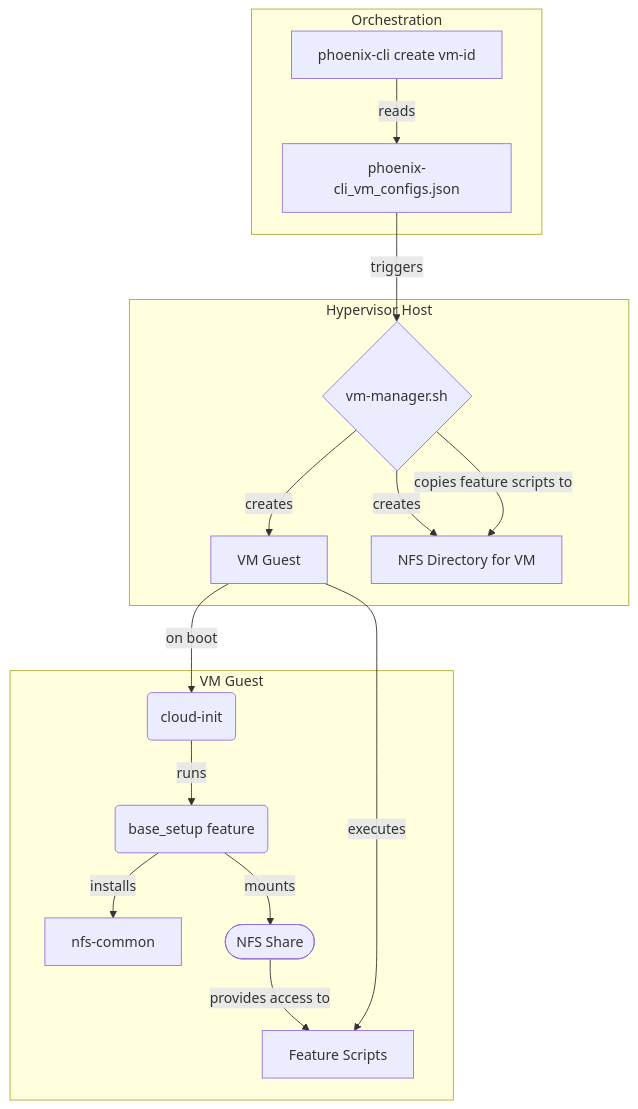
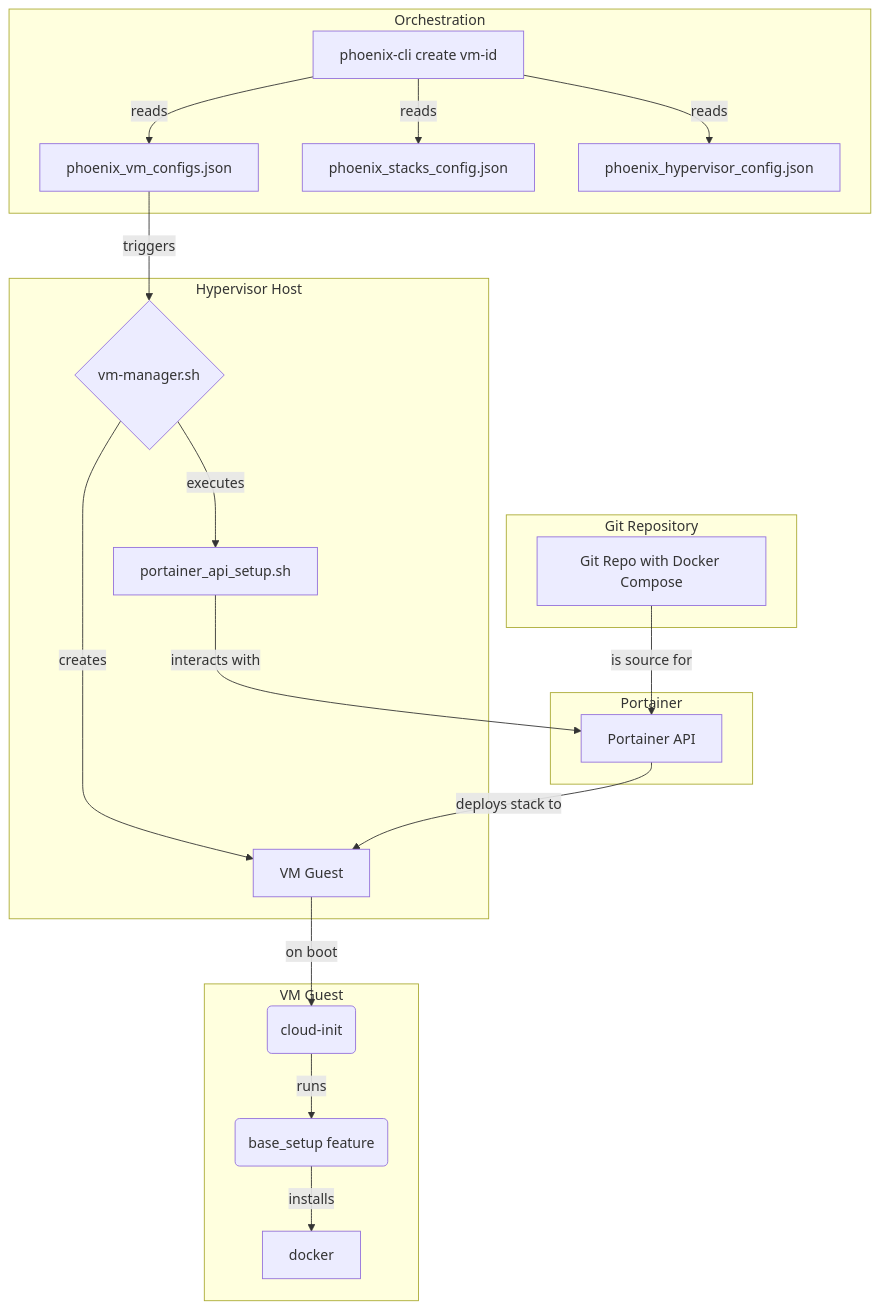
One commit to SirHeads/Testing-ideas changed the third of 5 diagrams in Thinkheads.AI_docs/02_technical_strategy_and_architecture/26_phoenix_hypervisor_unified_architecture_guide.md. Above: the diagram before and after it, drawn with Mermaid. The commit also changed other lines of this file and 31 other files, not shown here.

````diff
--- a/Thinkheads.AI_docs/02_technical_strategy_and_architecture/26_phoenix_hypervisor_unified_architecture_guide.md
+++ b/Thinkheads.AI_docs/02_technical_strategy_and_architecture/26_phoenix_hypervisor_unified_architecture_guide.md
@@ -163,22 +166,31 @@
 ```mermaid
 graph TD
     subgraph "Orchestration"
-        A[phoenix-cli create vm-id] -- reads --> B[phoenix-cli_vm_configs.json];
+        A[phoenix-cli create vm-id] -- reads --> B[phoenix_vm_configs.json];
+        A -- reads --> B2[phoenix_stacks_config.json];
+        A -- reads --> B3[phoenix_hypervisor_config.json];
     end
 
     subgraph "Hypervisor Host"
         B -- triggers --> C{vm-manager.sh};
         C -- creates --> D[VM Guest];
-        C -- creates --> E[NFS Directory for VM];
-        C -- copies feature scripts to --> E;
+        C -- executes --> P[portainer_api_setup.sh];
+    end
+    
+    subgraph "Portainer"
+        P -- interacts with --> PA[Portainer API];
     end
 
     subgraph "VM Guest"
         D -- on boot --> G(cloud-init);
         G -- runs --> H(base_setup feature);
-        H -- installs --> I[nfs-common];
-        H -- mounts --> J([NFS Share]);
-        J -- provides access to --> F[Feature Scripts];
-        D -- executes --> F;
+        H -- installs --> I[docker];
     end
+
+    subgraph "Git Repository"
+        GR[Git Repo with Docker Compose]
+    end
+
+    PA -- deploys stack to --> D;
+    GR -- is source for --> PA;
 ```
````
